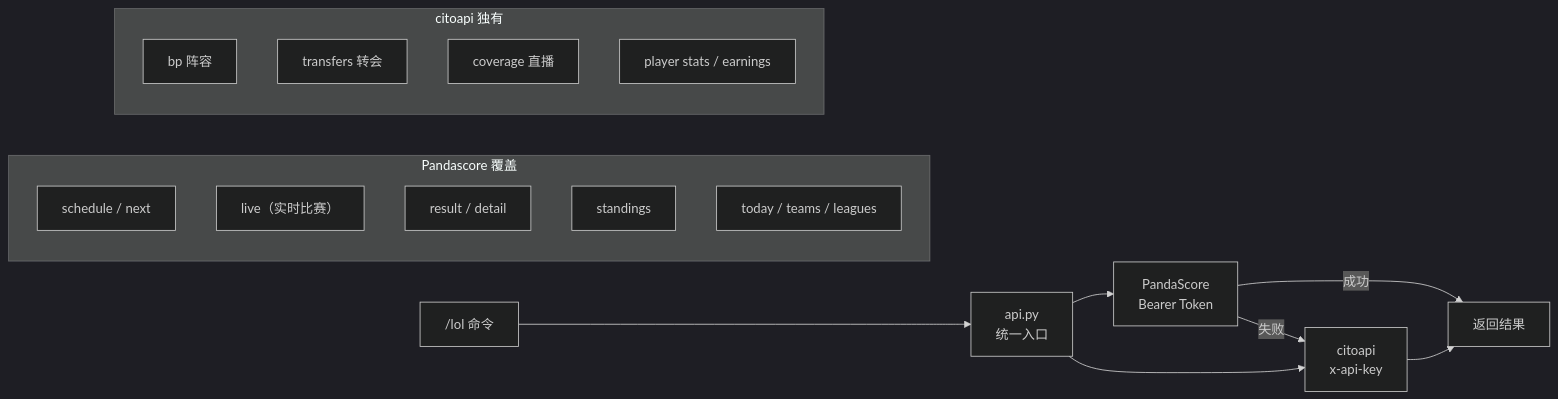
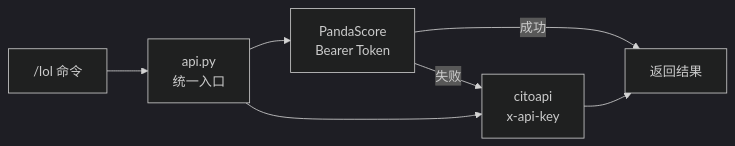
Before and after one commit to serine-0421/astrbot-workspace: the diagram in README.md, drawn with Mermaid (dark theme). The commit also changed other lines of this file and 7 other files, not shown here.

````diff
--- a/README.md
+++ b/README.md
@@ -10,24 +10,9 @@
 ```mermaid
 flowchart LR
     CMD["/lol 命令"] --> API["api.py<br/>统一入口"]
     API --> PS["PandaScore<br/>Bearer Token"]
     API --> CITO["citoapi<br/>x-api-key"]
     PS -->|成功| RESULT["返回结果"]
     PS -->|失败| CITO
     CITO --> RESULT
-
-    subgraph Pandascore 覆盖
-        PS_S["schedule / next"]
-        PS_L["live（实时比赛）"]
-        PS_R["result / detail"]
-        PS_ST["standings"]
-        PS_T["today / teams / leagues"]
-    end
-
-    subgraph citoapi 独有
-        C_BP["bp 阵容"]
-        C_TR["transfers 转会"]
-        C_CV["coverage 直播"]
-        C_PL["player stats / earnings"]
-    end
 ```
````
